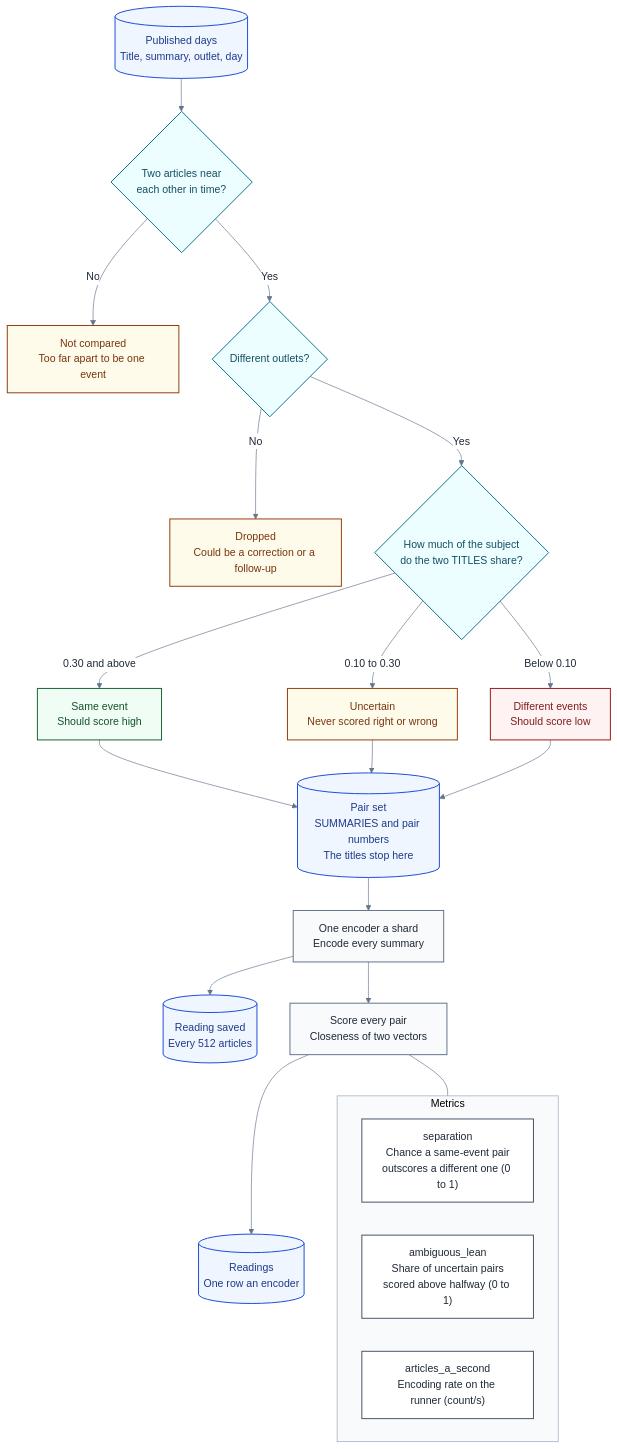
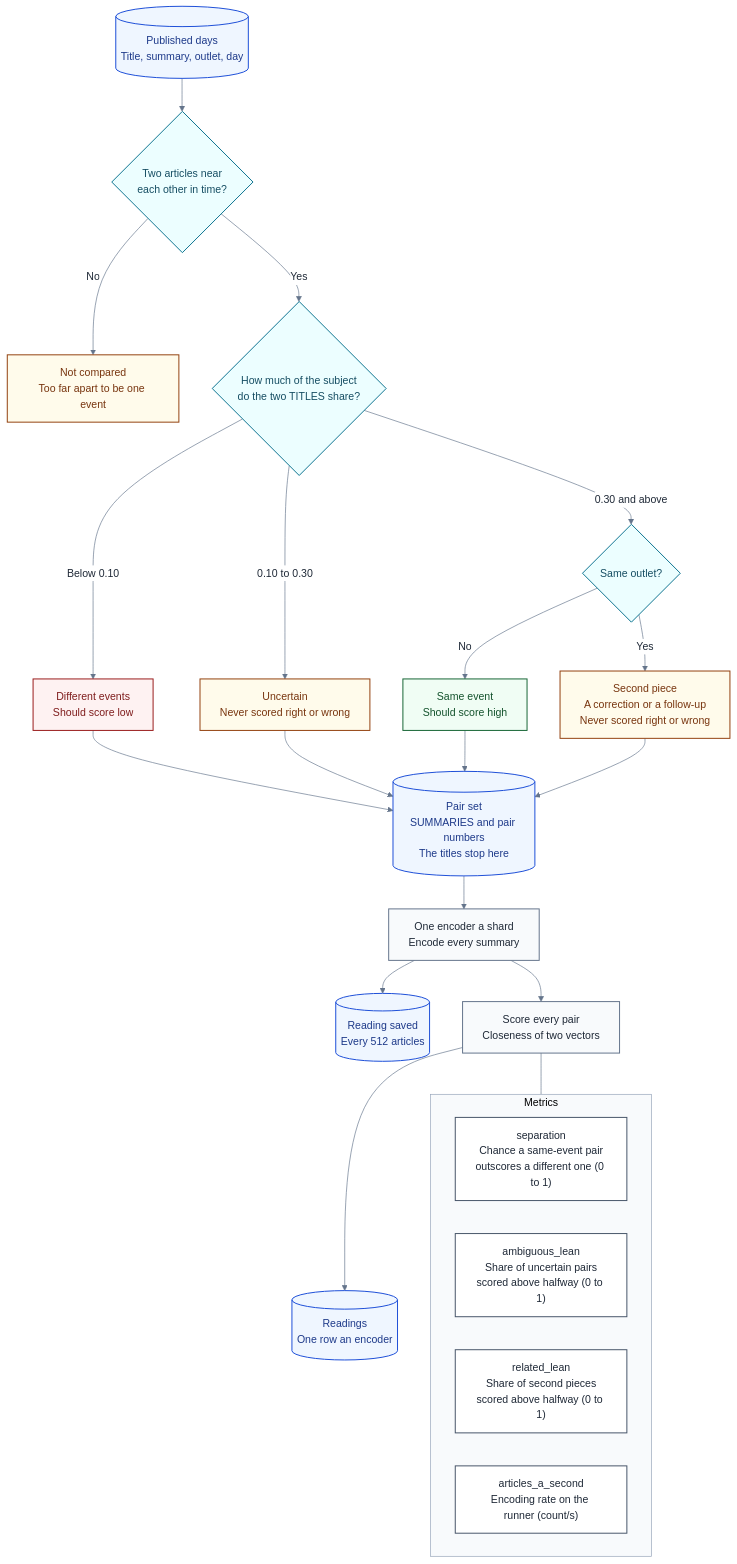
One commit to miztiik/yen-idhazh changed the diagram in corpus/encoder-comparison-1/README.md. Above: the diagram before and after it, drawn with Mermaid. The commit also changed other lines of this file and 3 other files, not shown here.

````diff
--- a/corpus/encoder-comparison-1/README.md
+++ b/corpus/encoder-comparison-1/README.md
@@ -42,46 +42,49 @@
 ```mermaid
 %%{init: {"theme": "base", "themeVariables": {"fontFamily": "sans-serif", "primaryColor": "#f8fafc", "primaryTextColor": "#1f2937", "primaryBorderColor": "#64748b", "lineColor": "#64748b", "textColor": "#1f2937", "clusterBkg": "#f8fafc", "clusterBorder": "#94a3b8", "edgeLabelBackground": "#ffffff"}}}%%
 flowchart TD
   ARCHIVE[("Published days<br/>Title, summary, outlet, day")] --> NEIGHBOUR{"Two articles near<br/>each other in time?"}
   NEIGHBOUR -->|"No"| SKIP["Not compared<br/>Too far apart to be one event"]
-  NEIGHBOUR -->|"Yes"| OUTLET{"Different outlets?"}
-  OUTLET -->|"No"| DROP["Dropped<br/>Could be a correction or a follow-up"]
-  OUTLET -->|"Yes"| OVERLAP{"How much of the subject<br/>do the two TITLES share?"}
+  NEIGHBOUR -->|"Yes"| OVERLAP{"How much of the subject<br/>do the two TITLES share?"}
 
-  OVERLAP -->|"0.30 and above"| SAMEBUCKET["Same event<br/>Should score high"]
+  OVERLAP -->|"Below 0.10"| DIFFBUCKET["Different events<br/>Should score low"]
   OVERLAP -->|"0.10 to 0.30"| MIDBUCKET["Uncertain<br/>Never scored right or wrong"]
-  OVERLAP -->|"Below 0.10"| DIFFBUCKET["Different events<br/>Should score low"]
+  OVERLAP -->|"0.30 and above"| OUTLET{"Same outlet?"}
+
+  OUTLET -->|"No"| SAMEBUCKET["Same event<br/>Should score high"]
+  OUTLET -->|"Yes"| RELBUCKET["Second piece<br/>A correction or a follow-up<br/>Never scored right or wrong"]
 
   SAMEBUCKET --> PAIRSET[("Pair set<br/>SUMMARIES and pair numbers<br/>The titles stop here")]
+  DIFFBUCKET --> PAIRSET
   MIDBUCKET --> PAIRSET
-  DIFFBUCKET --> PAIRSET
+  RELBUCKET --> PAIRSET
 
   PAIRSET --> ENCODE["One encoder a shard<br/>Encode every summary"]
   ENCODE --> PROGRESS[("Reading saved<br/>Every 512 articles")]
   ENCODE --> SCORE["Score every pair<br/>Closeness of two vectors"]
   SCORE --> TABLE[("Readings<br/>One row an encoder")]
 
   subgraph OBSERVED["Metrics"]
     SEPARATION["separation<br/>Chance a same-event pair<br/>outscores a different one (0 to 1)"]
     LEAN["ambiguous_lean<br/>Share of uncertain pairs<br/>scored above halfway (0 to 1)"]
+    SECOND["related_lean<br/>Share of second pieces<br/>scored above halfway (0 to 1)"]
     RATE["articles_a_second<br/>Encoding rate on the runner (count/s)"]
   end
 
   SCORE --- OBSERVED
 
   classDef stage fill:#f8fafc,stroke:#64748b,stroke-width:1.5px,color:#1f2937;
   classDef decision fill:#ecfeff,stroke:#0e7490,stroke-width:1.5px,color:#164e63;
   classDef yes fill:#f0fdf4,stroke:#166534,stroke-width:1.5px,color:#14532d;
   classDef no fill:#fef2f2,stroke:#991b1b,stroke-width:1.5px,color:#7f1d1d;
   classDef warn fill:#fffbeb,stroke:#92400e,stroke-width:1.5px,color:#78350f;
   classDef data fill:#eff6ff,stroke:#1d4ed8,stroke-width:1.5px,color:#1e3a8a;
   classDef metric fill:#ffffff,stroke:#475569,stroke-width:1.5px,color:#1f2937;
 
   class ENCODE,SCORE stage;
   class NEIGHBOUR,OUTLET,OVERLAP decision;
   class SAMEBUCKET yes;
   class DIFFBUCKET no;
-  class MIDBUCKET,DROP,SKIP warn;
+  class MIDBUCKET,RELBUCKET,SKIP warn;
   class ARCHIVE,PAIRSET,PROGRESS,TABLE data;
-  class SEPARATION,LEAN,RATE metric;
+  class SEPARATION,LEAN,SECOND,RATE metric;
 ```
````
